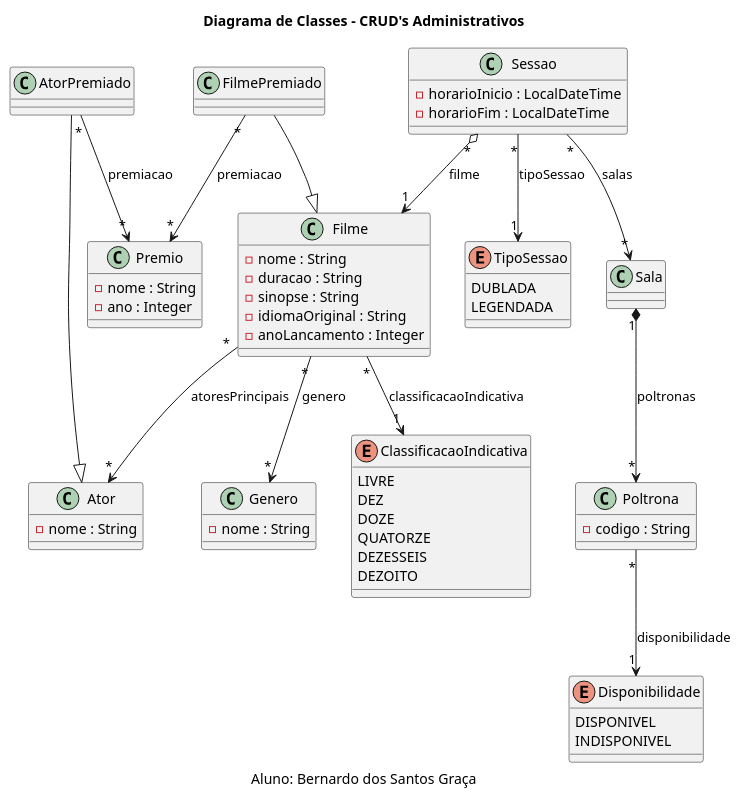
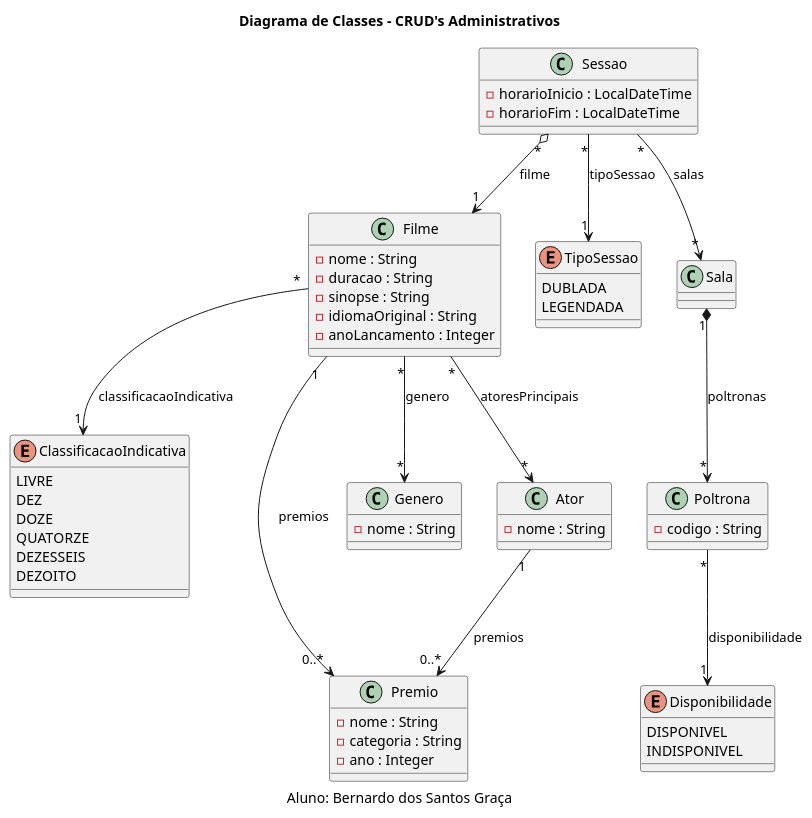
Before and after one commit to bernardoDSG/newsvi-tp1-api: the diagram in src/main/java/br/unitins/diagrams/classesProduto.puml, drawn with PlantUML. The commit also changed 19 other files, not shown here.

```diff
--- a/src/main/java/br/unitins/diagrams/classesProduto.puml
+++ b/src/main/java/br/unitins/diagrams/classesProduto.puml
@@ -1,101 +1,81 @@
 @startuml diagrama
 title Diagrama de Classes - CRUD's Administrativos
 caption Aluno: Bernardo dos Santos Graça
 
 ' --------------------
 ' Classes principais
 ' --------------------
 
 class Filme {
     - nome : String
     - duracao : String
     - sinopse : String
     - idiomaOriginal : String 
     - anoLancamento : Integer
 }
 
 enum Disponibilidade {
     DISPONIVEL
     INDISPONIVEL
 }
 
 
 enum TipoSessao {
     DUBLADA
     LEGENDADA
 }
 
 enum ClassificacaoIndicativa {
     LIVRE
     DEZ
     DOZE
     QUATORZE
     DEZESSEIS
     DEZOITO
 }
 
 class Premio {
     - nome : String
+    - categoria : String
     - ano : Integer
 }
 
 class Genero {
     - nome : String
 }
 
 
 class Ator {
     - nome : String
 }
 
 
 
 class Sessao {
     - horarioInicio : LocalDateTime
     - horarioFim : LocalDateTime
 
 }
 
 class Sala {
 }
 
 class Poltrona {
     - codigo : String
 }
 
 
 ' --------------------
-' Subclasses
-' --------------------
-class AtorPremiado {
-
-}
-
-class FilmePremiado {
-
-}
-
-
-
-
-' --------------------
-' Herança
-' --------------------
-
-AtorPremiado --|> Ator
-FilmePremiado --|> Filme
-
-' --------------------
 ' Relacionamentos
 ' --------------------
 Filme "*" --> "*" Ator : atoresPrincipais
 Filme "*" --> "*" Genero : genero
-FilmePremiado "*" --> "*" Premio : premiacao
-AtorPremiado "*" --> "*" Premio : premiacao
 Sessao "*" --> "1" TipoSessao : tipoSessao
 Sessao "*" --> "*" Sala : salas
 Sala "1" *--> "*" Poltrona : poltronas
 Sessao "*" o--> "1" Filme : filme
 Filme "*" --> "1" ClassificacaoIndicativa : classificacaoIndicativa
 Poltrona "*" --> "1" Disponibilidade : disponibilidade
+Ator"1" --> "0..*" Premio : premios
+Filme"1" --> "0..*" Premio : premios
 @enduml
```
